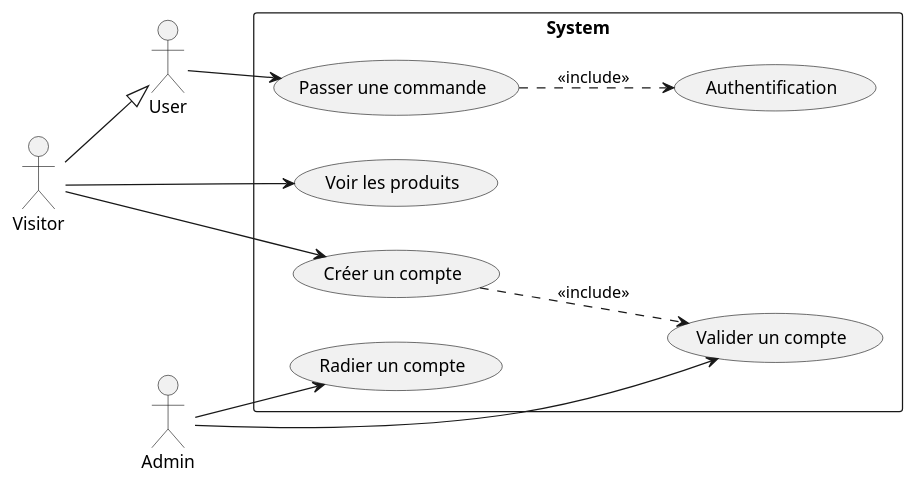
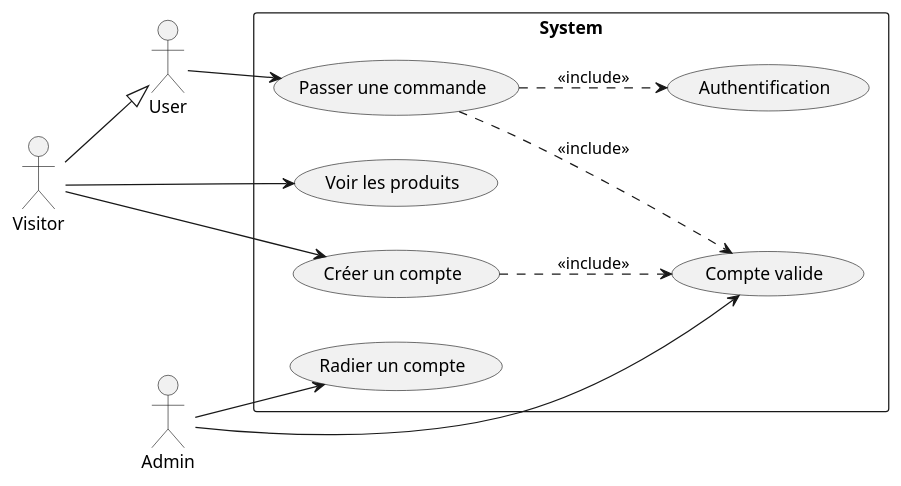
One commit to MehediT/BoutiqueLigneAudiovisuels changed the diagram in UseCase/AccountCreationUseCase.puml. Above: the diagram before and after it, drawn with PlantUML.

Commit message:
Update Account Creation usecase

```diff
--- a/UseCase/AccountCreationUseCase.puml
+++ b/UseCase/AccountCreationUseCase.puml
@@ -1,31 +1,32 @@
 @startuml
 
 left to right direction
 
 actor "Visitor" as Visitor
 actor "User" as User
 actor "Admin" as Admin
 rectangle "System" as System {
     usecase "Voir les produits" as UC_ViewProducts
     usecase "Passer une commande" as UC_PlaceOrder
     usecase "Créer un compte" as UC_CreateAccount
-    usecase "Valider un compte" as UC_ValidateAccount
+    usecase "Compte valide" as UC_ValidateAccount
     usecase "Radier un compte" as UC_DeleteAccount
     usecase "Authentification" as UC_Authenticate
 }
 
 Visitor --|> User
 Visitor --> UC_CreateAccount
 Visitor --> UC_ViewProducts
 
 
 User --> UC_PlaceOrder
 
 
 Admin --> UC_ValidateAccount
 Admin --> UC_DeleteAccount
 
 UC_PlaceOrder ..> UC_Authenticate :<<include>>
 UC_CreateAccount ..> UC_ValidateAccount :<<include>>
+UC_PlaceOrder ..> UC_ValidateAccount :<<include>>
 
 @enduml
```
